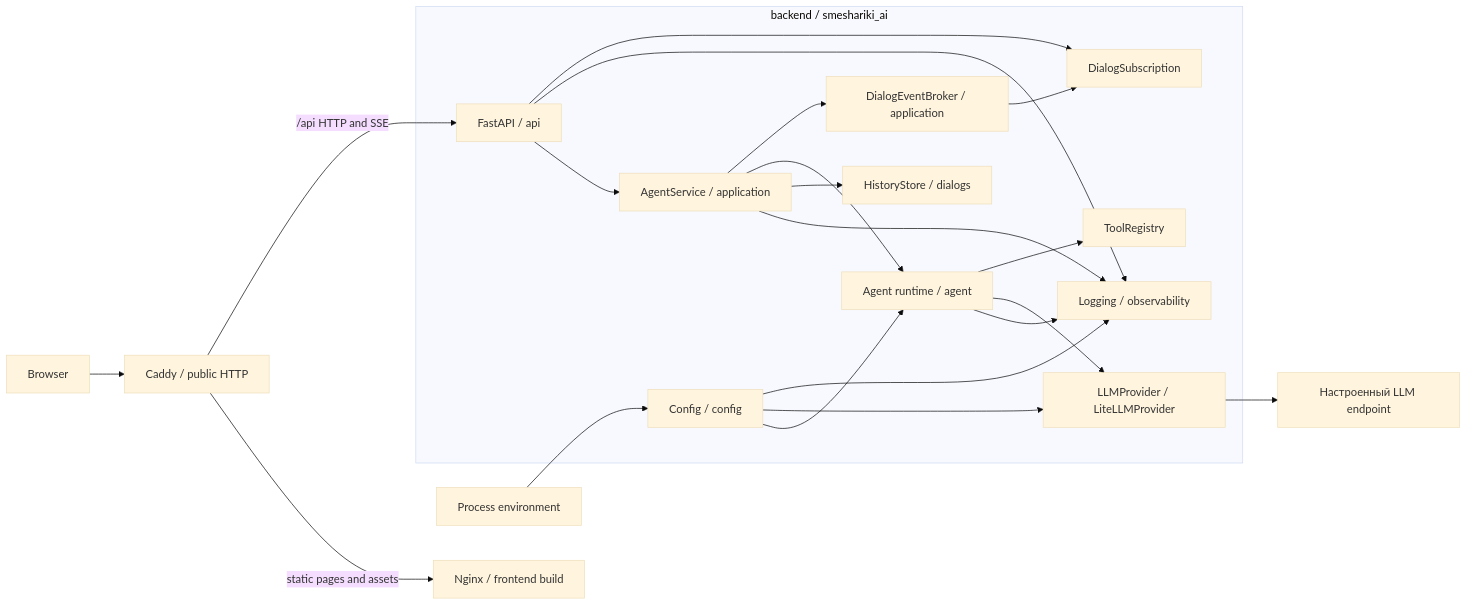
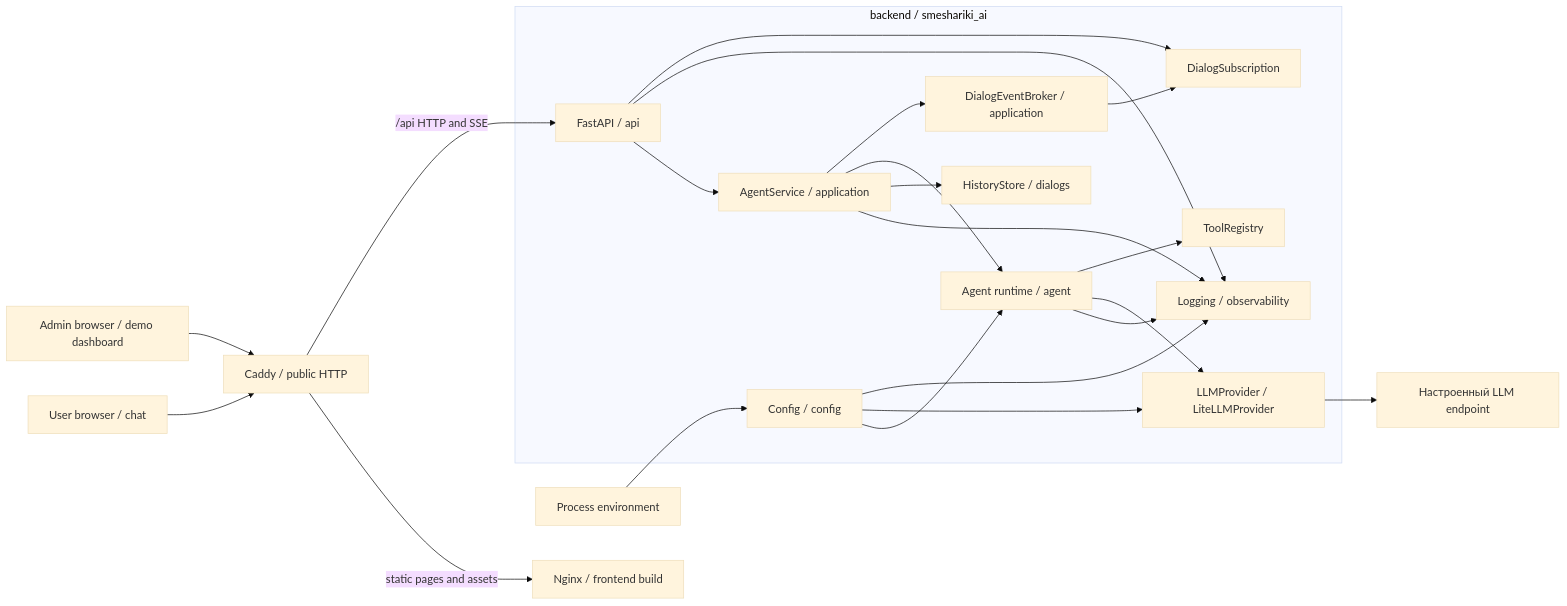
Before and after one commit to Nisakoo/BMSTU-NIRS: the diagram in docs/README.md, drawn with Mermaid (base theme). The commit also changed other lines of this file and 19 other files, not shown here.

Commit message:
feat(frontend): add admin dashboard demo page

````diff
--- a/docs/README.md
+++ b/docs/README.md
@@ -40,44 +40,46 @@
 ```mermaid
 flowchart LR
-    Browser[Browser]
+    UserBrowser[User browser / chat]
+    AdminBrowser[Admin browser / demo dashboard]
 
     Caddy[Caddy / public HTTP]
     Nginx[Nginx / frontend build]
 
     subgraph Backend[backend / smeshariki_ai]
         Config[Config / config]
         Logging[Logging / observability]
         API[FastAPI / api]
         Service[AgentService / application]
         Broker[DialogEventBroker / application]
         Subscription[DialogSubscription]
         History[HistoryStore / dialogs]
         Agent[Agent runtime / agent]
         LLM[LLMProvider / LiteLLMProvider]
         Tools[ToolRegistry]
 
         API --> Service
         Config --> Agent
         Config --> LLM
         Config --> Logging
         API --> Logging
         Service --> Logging
         Agent --> Logging
         Service --> History
         Service --> Agent
         Service --> Broker
         Broker --> Subscription
         API --> Subscription
         Agent --> LLM
         Agent --> Tools
     end
 
     Model[Настроенный LLM endpoint]
     Environment[Process environment]
 
-    Browser --> Caddy
+    UserBrowser --> Caddy
+    AdminBrowser --> Caddy
     Caddy -->|static pages and assets| Nginx
     Caddy -->|/api HTTP and SSE| API
     Environment --> Config
     LLM --> Model
 ```
````
